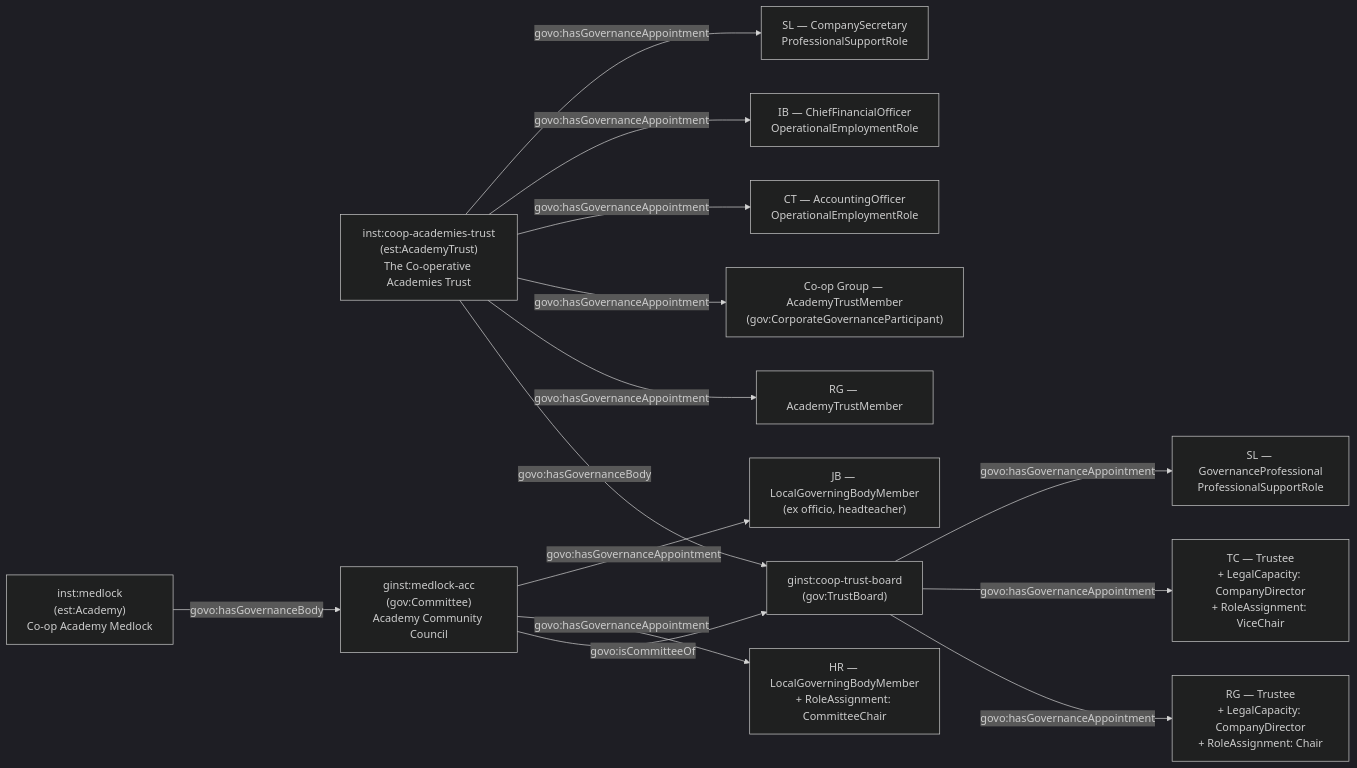
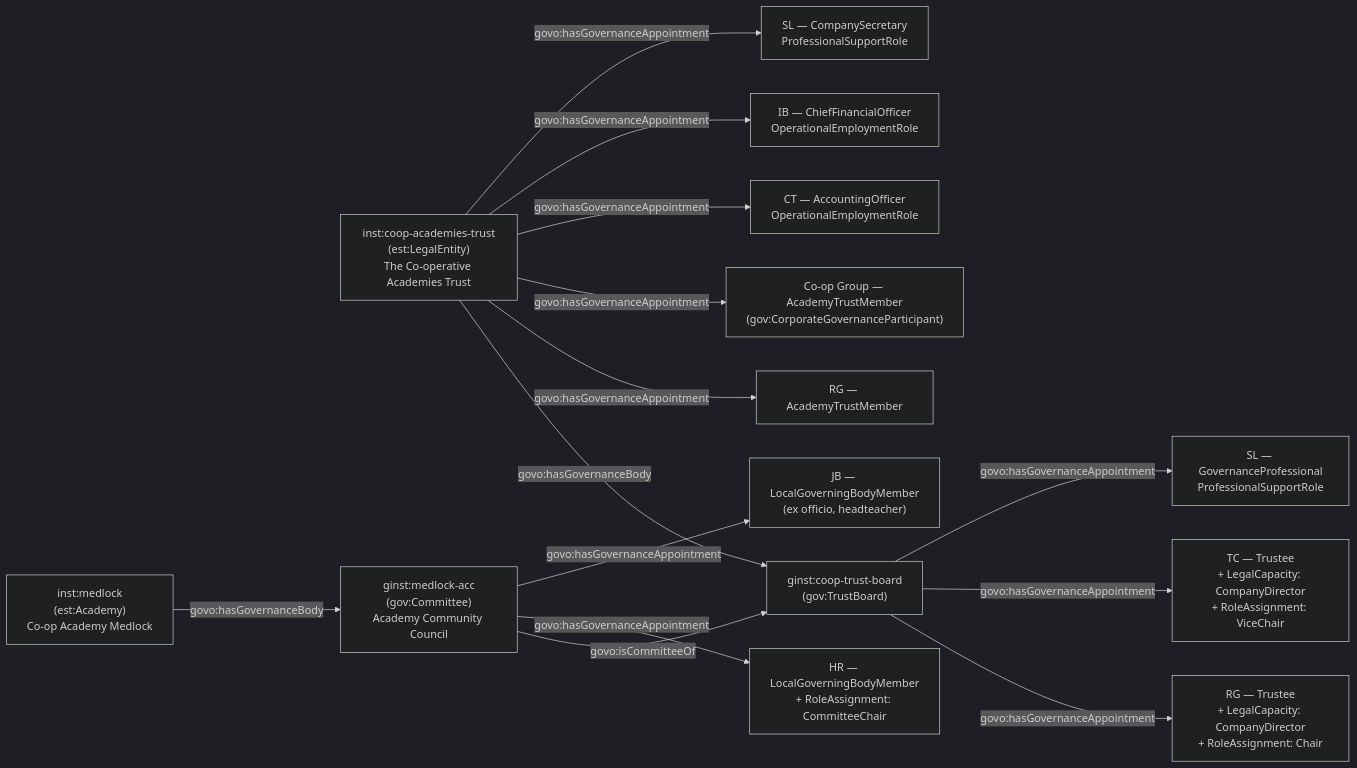
Before and after one commit to DFE-Digital/education-provider-registry-docs: the second of 2 diagrams in docs-site/content/models/governance/worked-examples/medlock-mat/index.md, drawn with Mermaid (dark theme). The commit also changed other lines of this file and 100 other files, not shown here.

````diff
--- a/docs-site/content/models/governance/worked-examples/medlock-mat/index.md
+++ b/docs-site/content/models/governance/worked-examples/medlock-mat/index.md
@@ -90,25 +90,25 @@
 ```mermaid
 flowchart LR
-    AT["inst:coop-academies-trust<br/>(est:AcademyTrust)<br/>The Co-operative Academies Trust"]
+    AT["inst:coop-academies-trust<br/>(est:LegalEntity)<br/>The Co-operative Academies Trust"]
     MED["inst:medlock<br/>(est:Academy)<br/>Co-op Academy Medlock"]
     TB["ginst:coop-trust-board<br/>(gov:TrustBoard)"]
     ACC["ginst:medlock-acc<br/>(gov:Committee)<br/>Academy Community Council"]
 
     AT -->|govo:hasGovernanceBody| TB
     ACC -->|govo:isCommitteeOf| TB
     MED -->|govo:hasGovernanceBody| ACC
 
     AT -->|govo:hasGovernanceAppointment| M1["RG — AcademyTrustMember"]
     AT -->|govo:hasGovernanceAppointment| M2["Co-op Group — AcademyTrustMember<br/>(gov:CorporateGovernanceParticipant)"]
 
     TB -->|govo:hasGovernanceAppointment| T1["RG — Trustee<br/>+ LegalCapacity: CompanyDirector<br/>+ RoleAssignment: Chair"]
     TB -->|govo:hasGovernanceAppointment| T2["TC — Trustee<br/>+ LegalCapacity: CompanyDirector<br/>+ RoleAssignment: ViceChair"]
 
     ACC -->|govo:hasGovernanceAppointment| C1["HR — LocalGoverningBodyMember<br/>+ RoleAssignment: CommitteeChair"]
     ACC -->|govo:hasGovernanceAppointment| C2["JB — LocalGoverningBodyMember<br/>(ex officio, headteacher)"]
 
     AT -->|govo:hasGovernanceAppointment| O1["CT — AccountingOfficer<br/>OperationalEmploymentRole"]
     AT -->|govo:hasGovernanceAppointment| O2["IB — ChiefFinancialOfficer<br/>OperationalEmploymentRole"]
     TB -->|govo:hasGovernanceAppointment| P1["SL — GovernanceProfessional<br/>ProfessionalSupportRole"]
     AT -->|govo:hasGovernanceAppointment| P2["SL — CompanySecretary<br/>ProfessionalSupportRole"]
 ```
````
